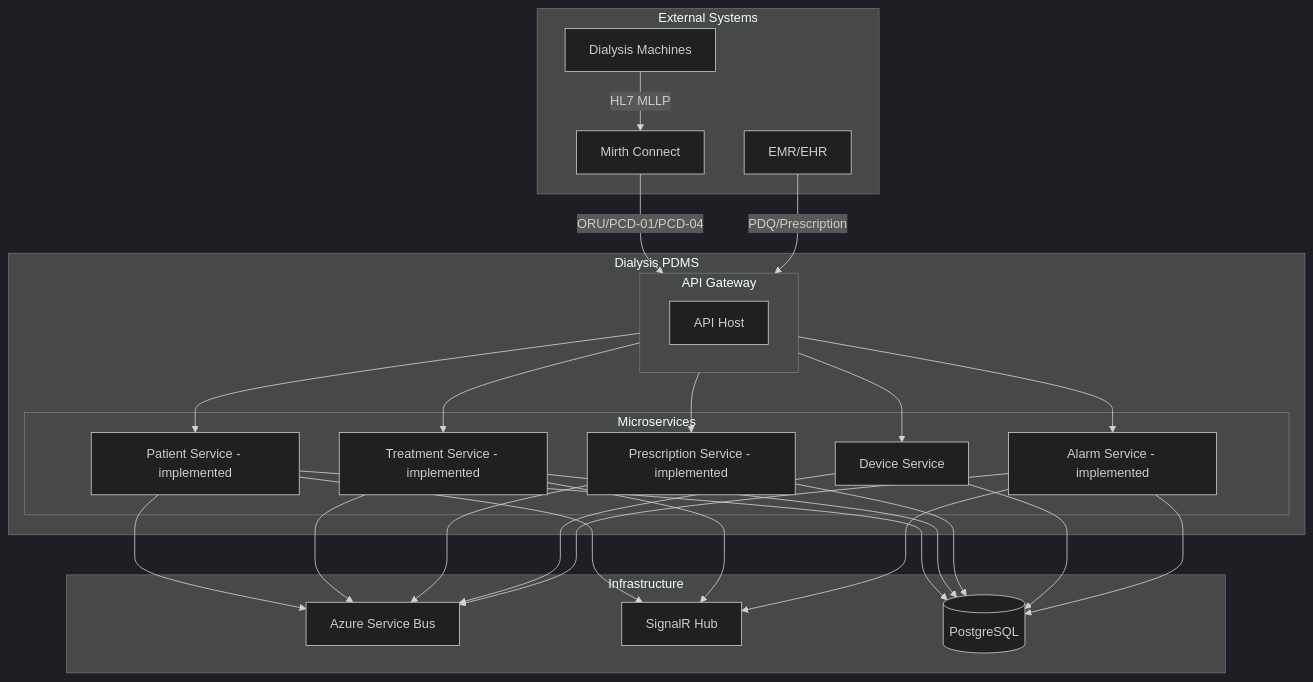
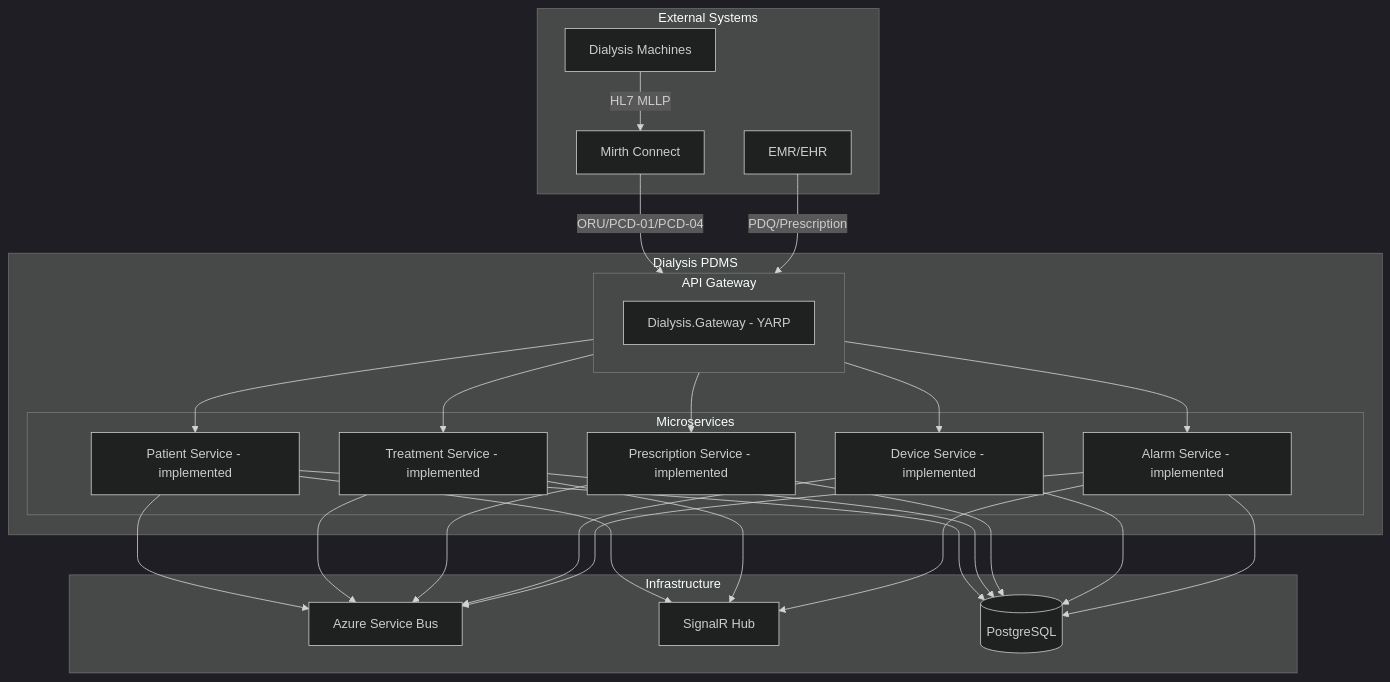
Before and after one commit to Ahmed-Shehzad/Dialysis: the first of 12 diagrams in docs/SYSTEM-ARCHITECTURE.md, drawn with Mermaid (dark theme). The commit also changed 48 other files, not shown here.

````diff
--- a/docs/SYSTEM-ARCHITECTURE.md
+++ b/docs/SYSTEM-ARCHITECTURE.md
@@ -22,54 +22,54 @@
 ```mermaid
 flowchart TB
     subgraph ExternalSystems [External Systems]
         DialysisMachines[Dialysis Machines]
         EMR[EMR/EHR]
         Mirth[Mirth Connect]
     end
 
     subgraph PDMS [Dialysis PDMS]
         subgraph API [API Gateway]
-            ApiHost[API Host]
+            ApiHost[Dialysis.Gateway - YARP]
         end
 
         subgraph Services [Microservices]
             PatientSvc[Patient Service - implemented]
             TreatmentSvc[Treatment Service - implemented]
             PrescriptionSvc[Prescription Service - implemented]
-            DeviceSvc[Device Service]
+            DeviceSvc[Device Service - implemented]
             AlarmSvc[Alarm Service - implemented]
         end
     end
 
     subgraph Infrastructure [Infrastructure]
         AzureSB[Azure Service Bus]
         SignalRHub[SignalR Hub]
         Postgres[(PostgreSQL)]
     end
 
     DialysisMachines -->|HL7 MLLP| Mirth
     Mirth -->|ORU/PCD-01/PCD-04| API
     EMR -->|PDQ/Prescription| API
 
     API --> PatientSvc
     API --> TreatmentSvc
     API --> PrescriptionSvc
     API --> DeviceSvc
     API --> AlarmSvc
 
     PatientSvc --> AzureSB
     TreatmentSvc --> AzureSB
     PrescriptionSvc --> AzureSB
     DeviceSvc --> AzureSB
     AlarmSvc --> AzureSB
 
     PatientSvc --> SignalRHub
     TreatmentSvc --> SignalRHub
     AlarmSvc --> SignalRHub
 
     PatientSvc --> Postgres
     TreatmentSvc --> Postgres
     PrescriptionSvc --> Postgres
     DeviceSvc --> Postgres
     AlarmSvc --> Postgres
 ```
````
